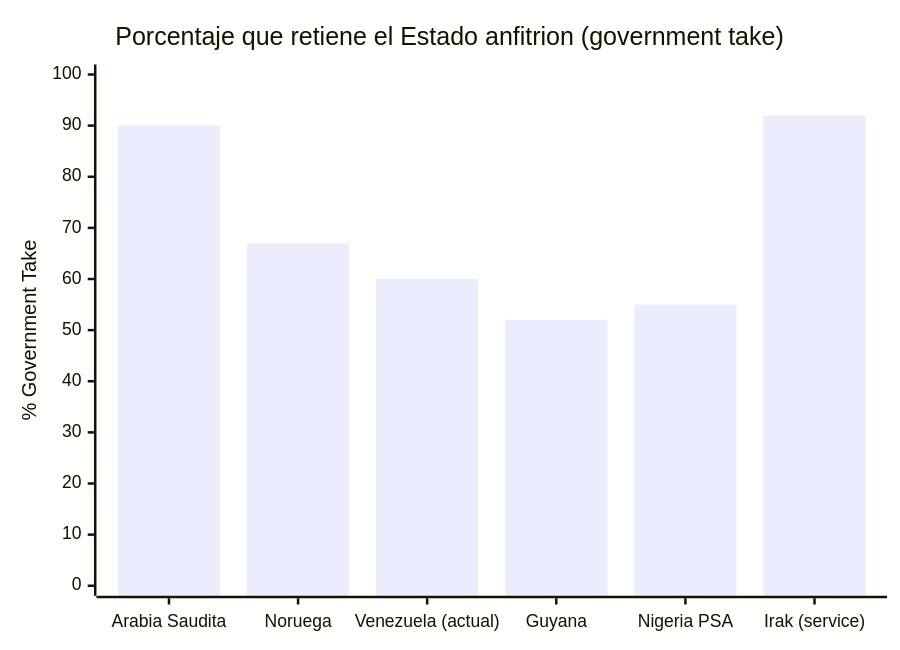
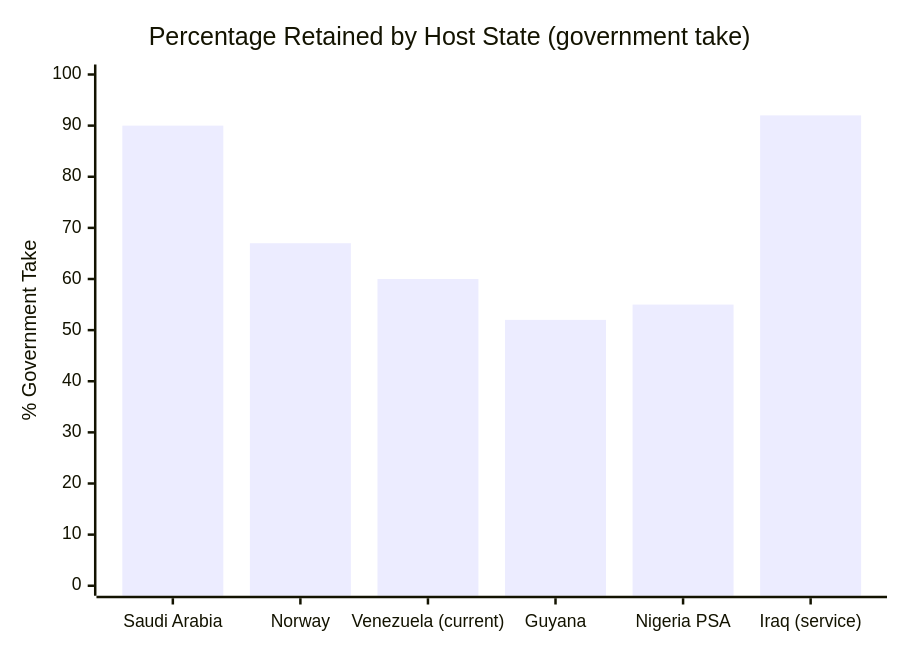
Before and after one commit to Venezuela-S-A/venezuela-sa: the diagram in i18n/en/docusaurus-plugin-content-docs/current/02-motor-financiero/contratos-forward.md, drawn with Mermaid. The commit also changed 127 other files, not shown here.

````diff
--- a/i18n/en/docusaurus-plugin-content-docs/current/02-motor-financiero/contratos-forward.md
+++ b/i18n/en/docusaurus-plugin-content-docs/current/02-motor-financiero/contratos-forward.md
@@ -57,7 +57,7 @@
 ```mermaid
 xychart-beta
-    title "Porcentaje que retiene el Estado anfitrion (government take)"
-    x-axis ["Arabia Saudita", "Noruega", "Venezuela (actual)", "Guyana", "Nigeria PSA", "Irak (service)"]
+    title "Percentage Retained by Host State (government take)"
+    x-axis ["Saudi Arabia", "Norway", "Venezuela (current)", "Guyana", "Nigeria PSA", "Iraq (service)"]
     y-axis "% Government Take" 0 --> 100
     bar [90, 67, 60, 52, 55, 92]
 ```
````
